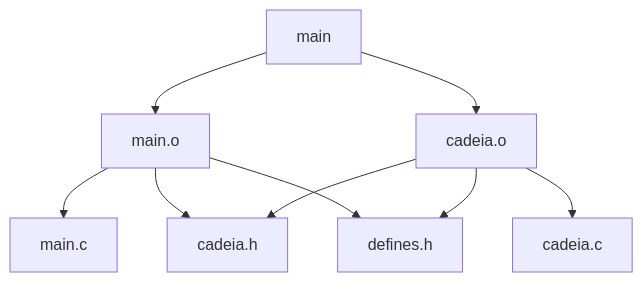
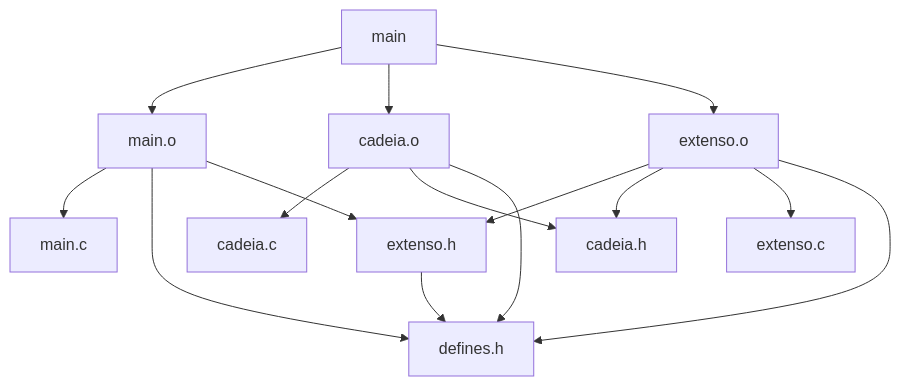
The diagram in Tarefa de Laboratório 07/README.md (ArthurDev-A/Tarefas-de-Laboratorio), drawn with Mermaid before and after one commit. The commit also changed other lines of this file and 6 other files, not shown here.

````diff
--- a/Tarefa de Laboratório 07/README.md
+++ b/Tarefa de Laboratório 07/README.md
@@ -24,13 +36,21 @@
 ```mermaid
 graph TD
     main --> main.o
     main --> cadeia.o
+    main --> extenso.o
 
     main.o --> main.c
-    main.o --> cadeia.h
     main.o --> defines.h
+    main.o --> extenso.h
     
+    cadeia.o --> cadeia.c
     cadeia.o --> cadeia.h
-    cadeia.o --> cadeia.c
     cadeia.o --> defines.h
+
+    extenso.o --> extenso.h
+    extenso.o --> cadeia.h
+    extenso.o --> extenso.c
+    extenso.o --> defines.h
+
+    extenso.h --> defines.h
 ```
````
